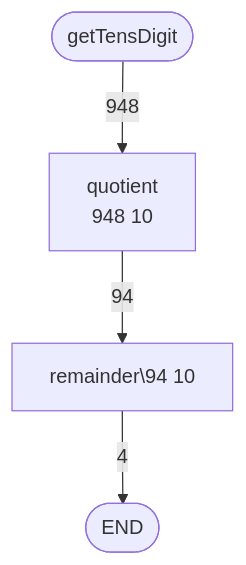
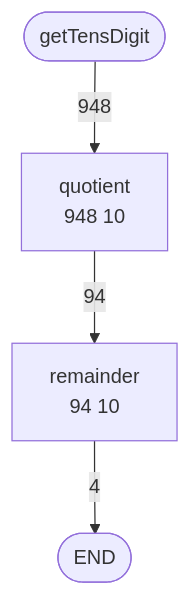
The second of 2 diagrams in fcs/12_flow.md (stuyvesant-cs/dwlessons), drawn with Mermaid before and after one commit. The commit also changed 1 other file, not shown here.

```diff
--- a/fcs/12_flow.md
+++ b/fcs/12_flow.md
@@ -101,6 +101,6 @@
 <div class="mermaid">
 flowchart TD;
   id([getTensDigit]) -- 948 --> id0[quotient\n948 10];
-  id0 -- 94 --> id1[remainder\94 10];
+  id0 -- 94 --> id1[remainder\n94 10];
   id1 -- 4 --> id2([END])
 </div>
```
